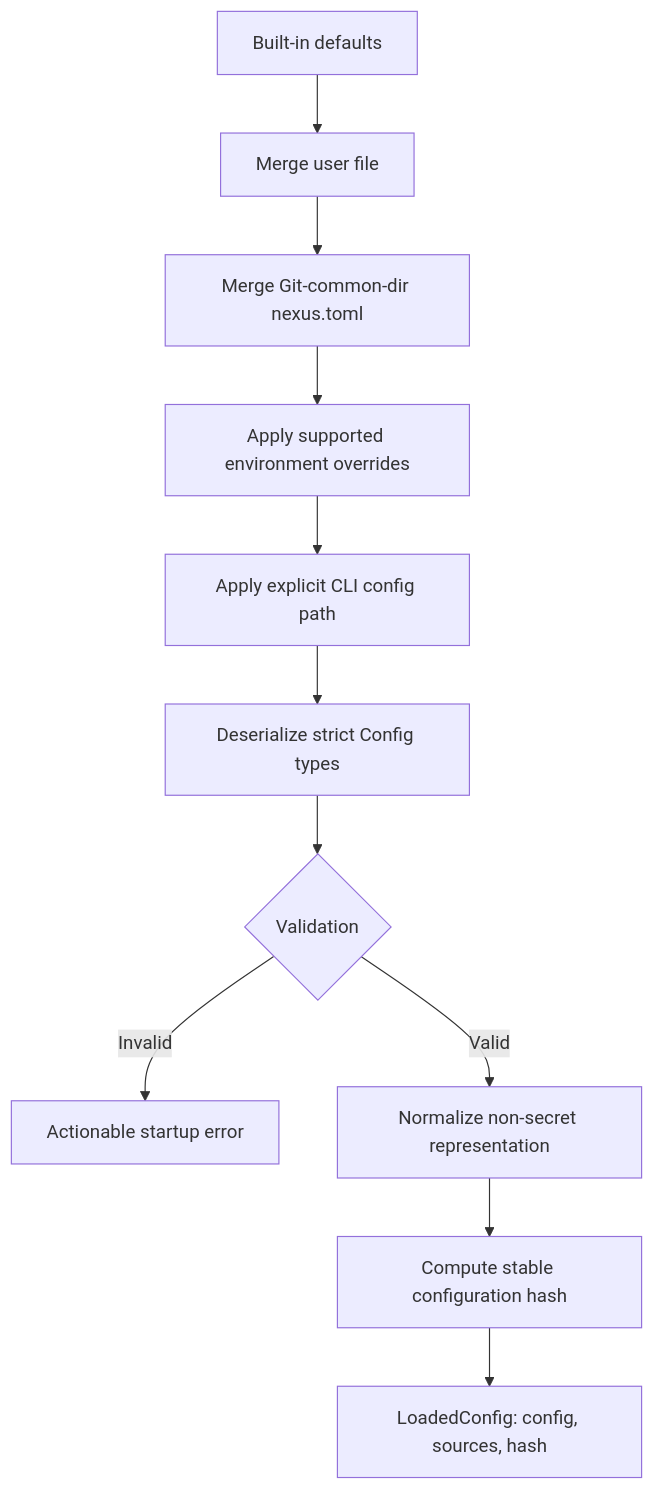
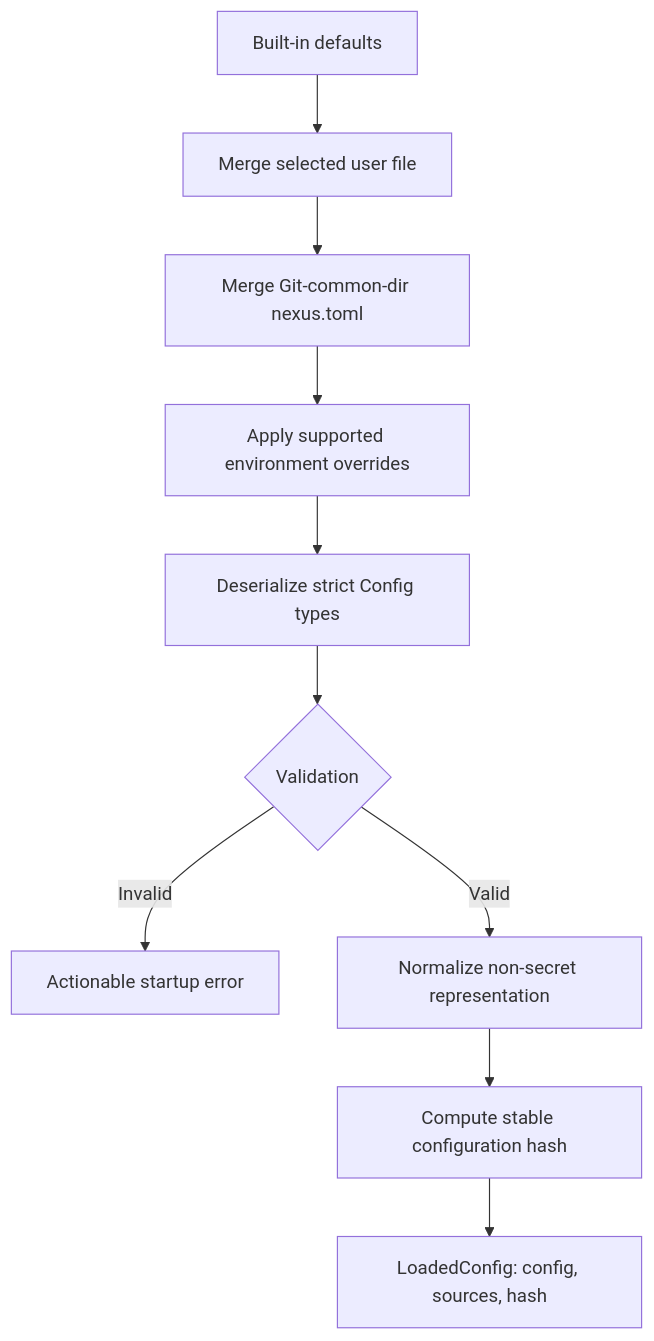
Before and after one commit to warrenronsiek/nexus: the diagram in docs/features/configuration.md, drawn with Mermaid. The commit also changed other lines of this file and 18 other files, not shown here.

````diff
--- a/docs/features/configuration.md
+++ b/docs/features/configuration.md
@@ -17,13 +17,12 @@
 ```mermaid
 flowchart TD
-    A[Built-in defaults] --> B[Merge user file]
+    A[Built-in defaults] --> B[Merge selected user file]
     B --> C[Merge Git-common-dir nexus.toml]
     C --> D[Apply supported environment overrides]
-    D --> E[Apply explicit CLI config path]
-    E --> F[Deserialize strict Config types]
+    D --> F[Deserialize strict Config types]
     F --> G{Validation}
     G -->|Invalid| H[Actionable startup error]
     G -->|Valid| I[Normalize non-secret representation]
     I --> J[Compute stable configuration hash]
     J --> K[LoadedConfig: config, sources, hash]
 ```
````
